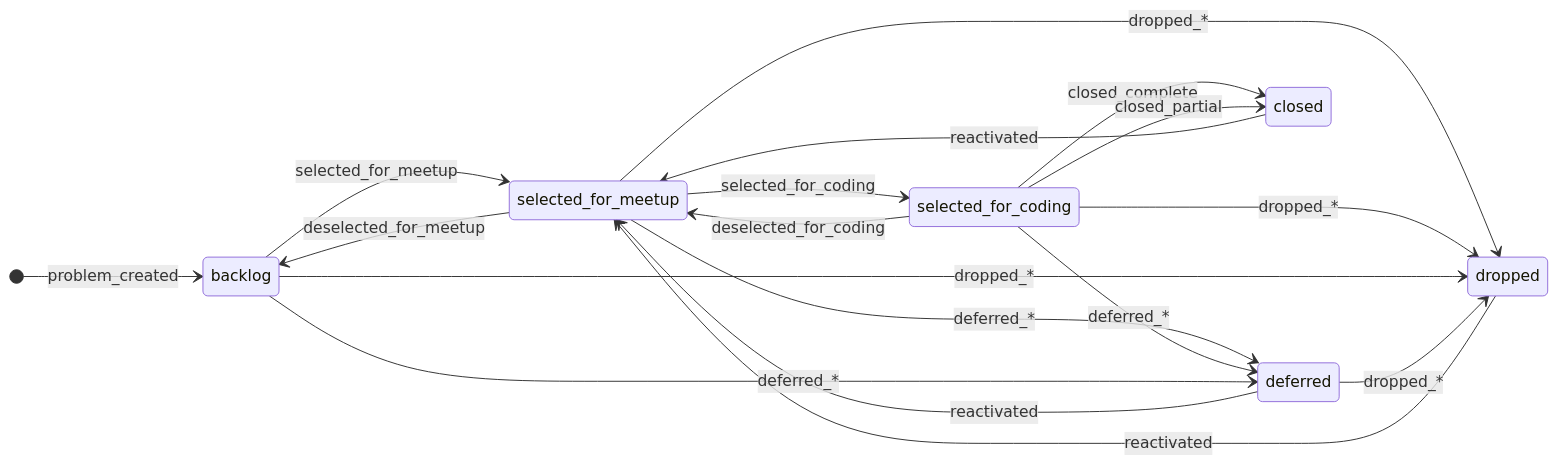
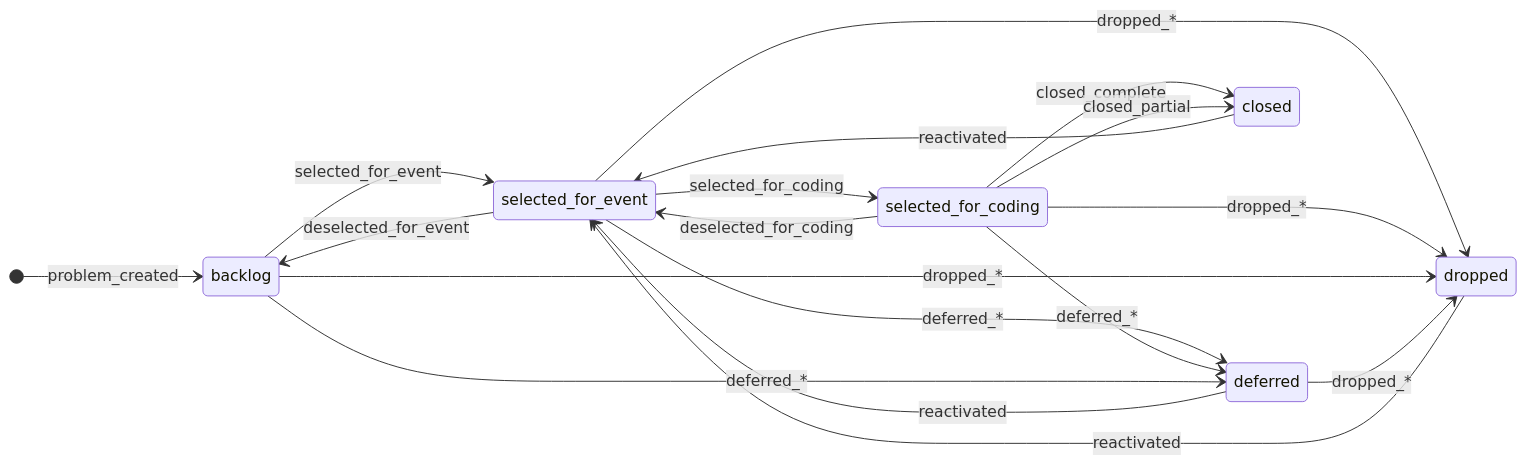
Before and after one commit to Eckhard-Siegmann/VibeCodingProPlatform: the second of 5 diagrams in platform/28_appendix_problem_transition_diagram.md, drawn with Mermaid. The commit also changed other lines of this file and 266 other files, not shown here.

````diff
--- a/platform/28_appendix_problem_transition_diagram.md
+++ b/platform/28_appendix_problem_transition_diagram.md
@@ -50,28 +50,28 @@
 ```mermaid
 stateDiagram-v2
     direction LR
 
     [*] --> backlog: problem_created
 
-    backlog --> selected_for_meetup: selected_for_meetup
-    selected_for_meetup --> backlog: deselected_for_meetup
+    backlog --> selected_for_event: selected_for_event
+    selected_for_event --> backlog: deselected_for_event
 
-    selected_for_meetup --> selected_for_coding: selected_for_coding
-    selected_for_coding --> selected_for_meetup: deselected_for_coding
+    selected_for_event --> selected_for_coding: selected_for_coding
+    selected_for_coding --> selected_for_event: deselected_for_coding
 
-    selected_for_meetup --> deferred: deferred_*
+    selected_for_event --> deferred: deferred_*
     selected_for_coding --> deferred: deferred_*
     backlog --> deferred: deferred_*
 
-    selected_for_meetup --> dropped: dropped_*
+    selected_for_event --> dropped: dropped_*
     selected_for_coding --> dropped: dropped_*
     backlog --> dropped: dropped_*
     deferred --> dropped: dropped_*
 
     selected_for_coding --> closed: closed_complete
     selected_for_coding --> closed: closed_partial
 
-    deferred --> selected_for_meetup: reactivated
-    dropped --> selected_for_meetup: reactivated
-    closed --> selected_for_meetup: reactivated
+    deferred --> selected_for_event: reactivated
+    dropped --> selected_for_event: reactivated
+    closed --> selected_for_event: reactivated
 ```
````
